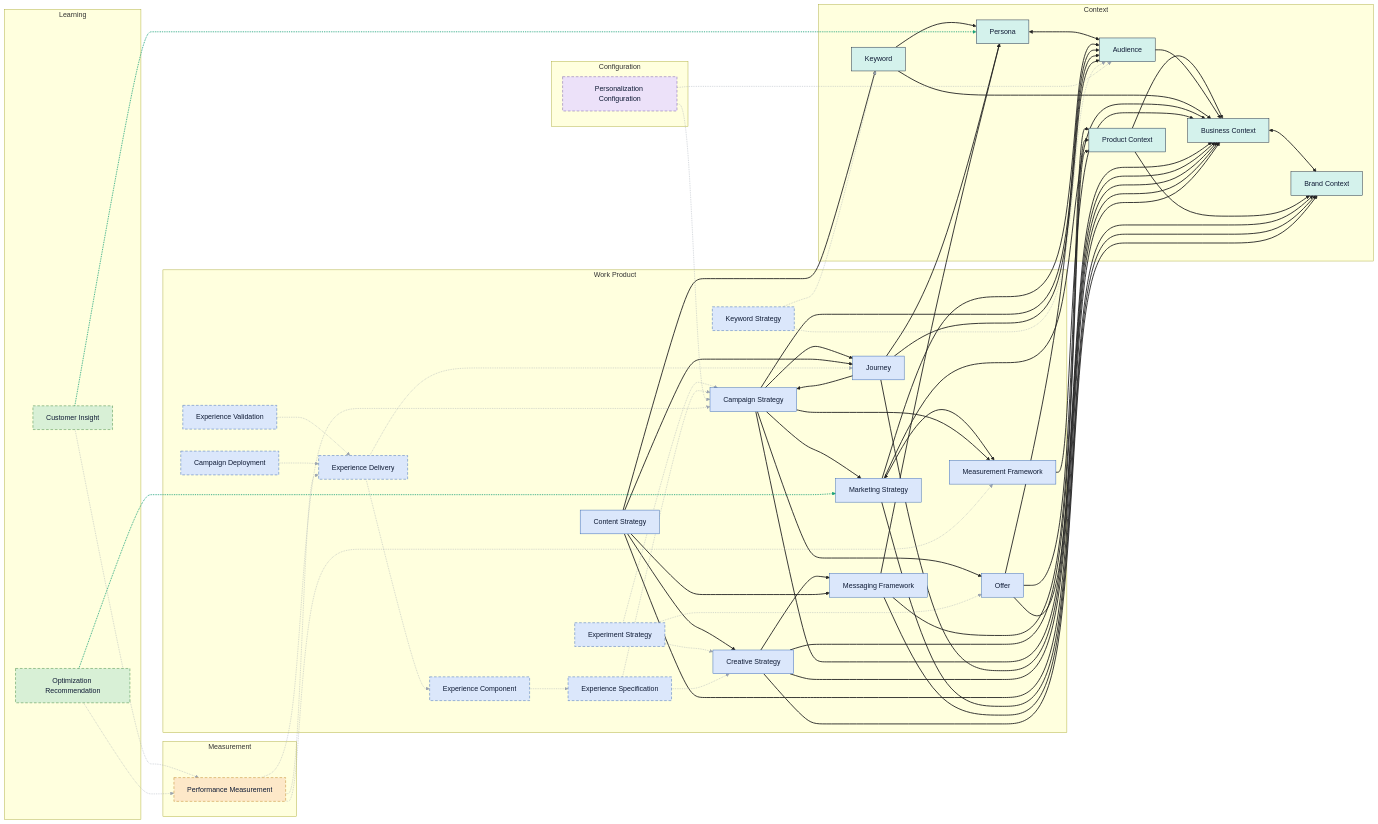
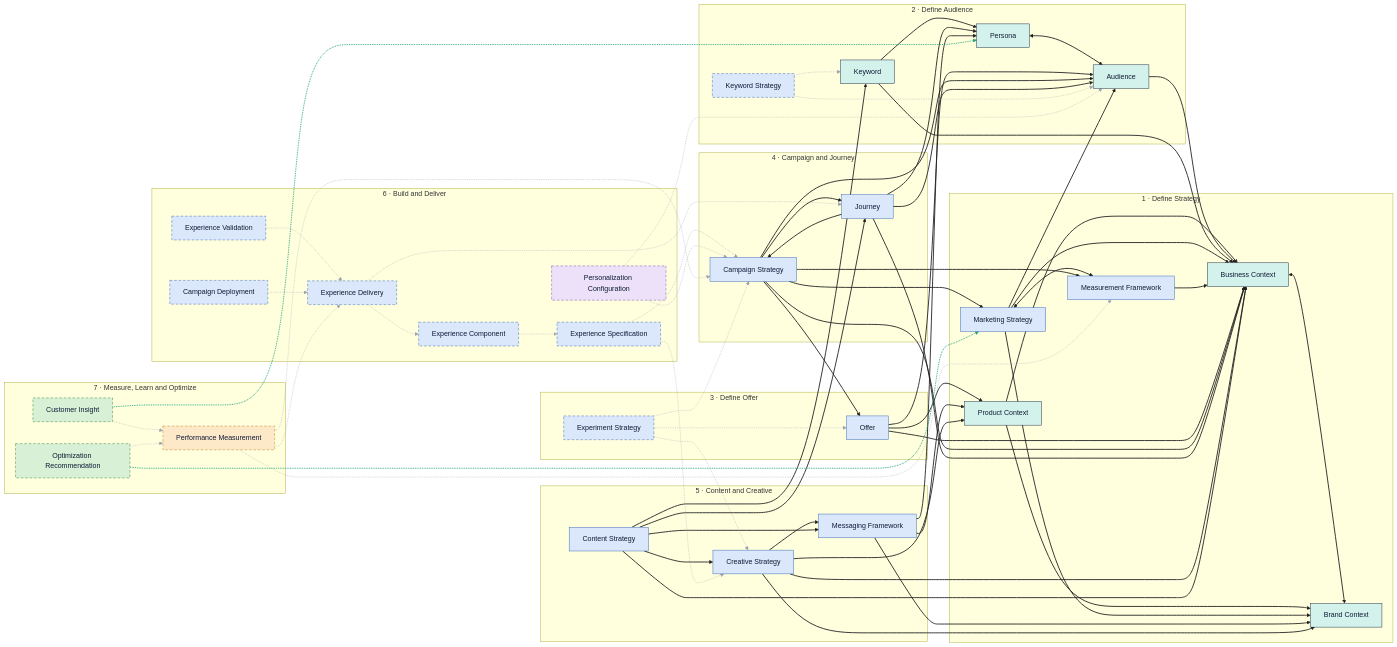
One commit to open-semantic-marketing-model/osmm changed the diagram in GRAPH.md. Above: the diagram before and after it, drawn with Mermaid. The commit also changed other lines of this file and 3 other files, not shown here.

First line of the commit message:
Reorder the object graph left→right by workflow phase (1→7)

````diff
--- a/GRAPH.md
+++ b/GRAPH.md
@@ -30,37 +35,41 @@
 ```mermaid
 flowchart LR
-  subgraph context["Context"]
+  subgraph p1["1 · Define Strategy"]
     business_context["Business Context"]
     brand_context["Brand Context"]
     product_context["Product Context"]
+    marketing_strategy["Marketing Strategy"]
+    measurement_framework["Measurement Framework"]
+  end
+  subgraph p2["2 · Define Audience"]
     persona["Persona"]
     audience["Audience"]
     keyword["Keyword"]
+    keyword_strategy["Keyword Strategy"]
   end
-  subgraph workproduct["Work Product"]
-    marketing_strategy["Marketing Strategy"]
-    measurement_framework["Measurement Framework"]
-    keyword_strategy["Keyword Strategy"]
+  subgraph p3["3 · Define Offer"]
     offer["Offer"]
     experiment_strategy["Experiment Strategy"]
+  end
+  subgraph p4["4 · Campaign and Journey"]
     campaign_strategy["Campaign Strategy"]
     journey["Journey"]
+  end
+  subgraph p5["5 · Content and Creative"]
     messaging_framework["Messaging Framework"]
     creative_strategy["Creative Strategy"]
     content_strategy["Content Strategy"]
+  end
+  subgraph p6["6 · Build and Deliver"]
     experience_specification["Experience Specification"]
     experience_component["Experience Component"]
+    personalization_configuration["Personalization Configuration"]
     experience_delivery["Experience Delivery"]
     experience_validation["Experience Validation"]
     campaign_deployment["Campaign Deployment"]
   end
-  subgraph configuration["Configuration"]
-    personalization_configuration["Personalization Configuration"]
-  end
-  subgraph measurement["Measurement"]
+  subgraph p7["7 · Measure, Learn and Optimize"]
     performance_measurement["Performance Measurement"]
-  end
-  subgraph learning["Learning"]
     customer_insight["Customer Insight"]
     optimization_recommendation["Optimization Recommendation"]
   end
@@ -133,7 +142,7 @@
   class personalization_configuration configuration;
   class performance_measurement measurement;
   class customer_insight,optimization_recommendation learning;
-  class keyword_strategy,experiment_strategy,experience_specification,experience_component,experience_delivery,experience_validation,campaign_deployment,personalization_configuration,performance_measurement,customer_insight,optimization_recommendation backlog;
+  class keyword_strategy,experiment_strategy,experience_specification,experience_component,personalization_configuration,experience_delivery,experience_validation,campaign_deployment,performance_measurement,customer_insight,optimization_recommendation backlog;
   linkStyle 0,1,2,3,4,5,6,7,8,9,10,11,12,13,14,15,16,17,18,19,20,21,22,23,24,25,26,27,28,29,30,31,32,33,34,35,36 stroke:#222222,stroke-width:2px;
   linkStyle 37,38,39,40,41,42,43,44,45,46,47,48,49,50,51,52,53,54,55 stroke:#9aa3af,stroke-width:1px;
   linkStyle 56,57 stroke:#1aa179,stroke-width:2px;
````
